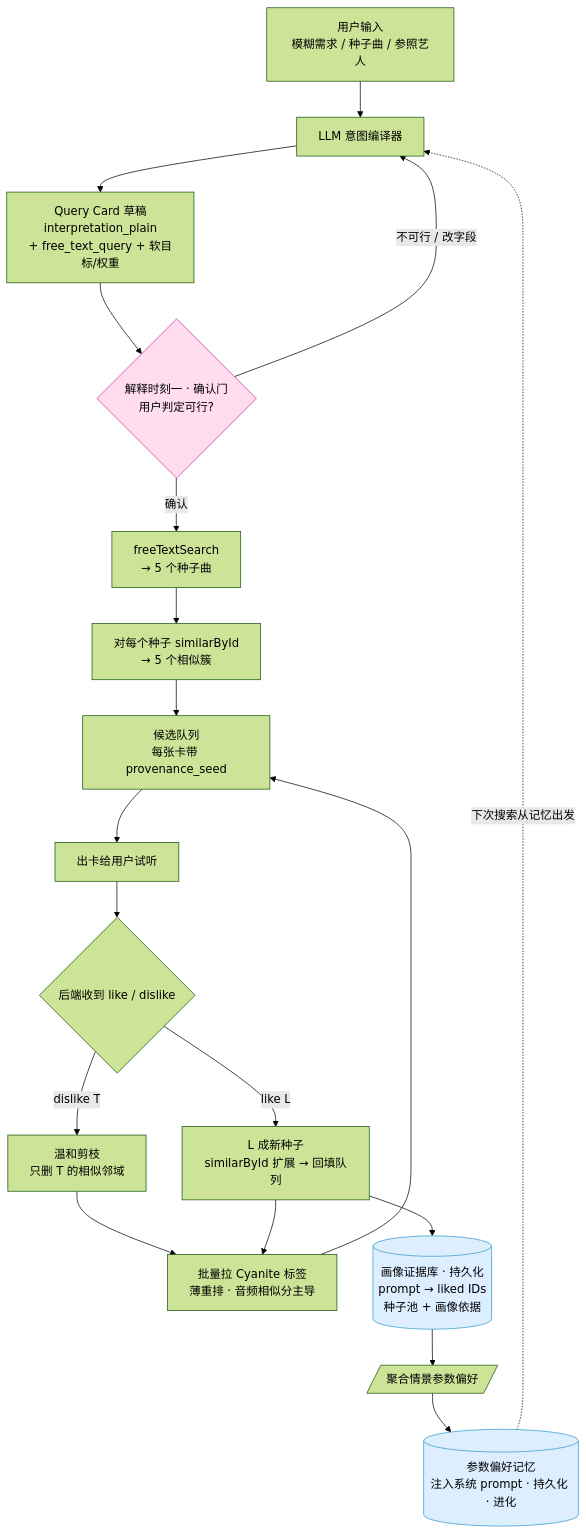
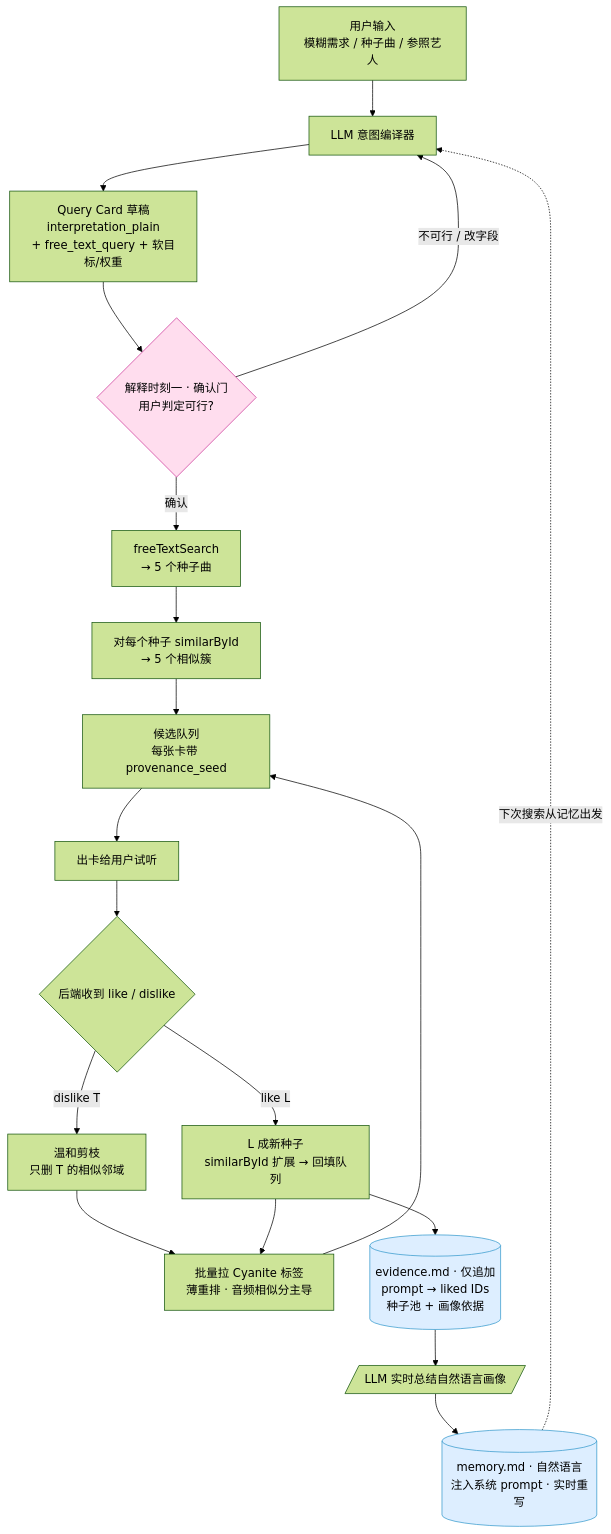
Before and after one commit to Hurwitzzz/resonat_hackatune: the diagram in PRD-night.md, drawn with Mermaid (forest theme). The commit also changed other lines of this file and 18 other files, not shown here.

````diff
--- a/PRD-night.md
+++ b/PRD-night.md
@@ -57,27 +59,27 @@
 ```mermaid
 flowchart TD
     A[用户输入<br/>模糊需求 / 种子曲 / 参照艺人] --> B[LLM 意图编译器]
     B --> C[Query Card 草稿<br/>interpretation_plain<br/>+ free_text_query + 软目标/权重]
     C --> D{解释时刻一 · 确认门<br/>用户判定可行?}
     D -->|不可行 / 改字段| B
     D -->|确认| E[freeTextSearch<br/>→ 5 个种子曲]
     E --> F[对每个种子 similarById<br/>→ 5 个相似簇]
     F --> G[候选队列<br/>每张卡带 provenance_seed]
     G --> H[出卡给用户试听]
     H --> I{后端收到 like / dislike}
     I -->|dislike T| J[温和剪枝<br/>只删 T 的相似邻域]
     I -->|like L| K[L 成新种子<br/>similarById 扩展 → 回填队列]
     J --> R[批量拉 Cyanite 标签<br/>薄重排 · 音频相似分主导]
     K --> R
     R --> G
 
-    K --> LIB[(画像证据库 · 持久化<br/>prompt → liked IDs<br/>种子池 + 画像依据)]
-    LIB --> P[/聚合情景参数偏好/]
-    P --> MEM[(参数偏好记忆<br/>注入系统 prompt · 持久化 · 进化)]
+    K --> LIB[(evidence.md · 仅追加<br/>prompt → liked IDs<br/>种子池 + 画像依据)]
+    LIB --> P[/LLM 实时总结自然语言画像/]
+    P --> MEM[(memory.md · 自然语言<br/>注入系统 prompt · 实时重写)]
     MEM -.下次搜索从记忆出发.-> B
 
     classDef gate fill:#fde,stroke:#c39;
     classDef store fill:#def,stroke:#39c;
     class D gate;
     class LIB,MEM store;
 ```
````
